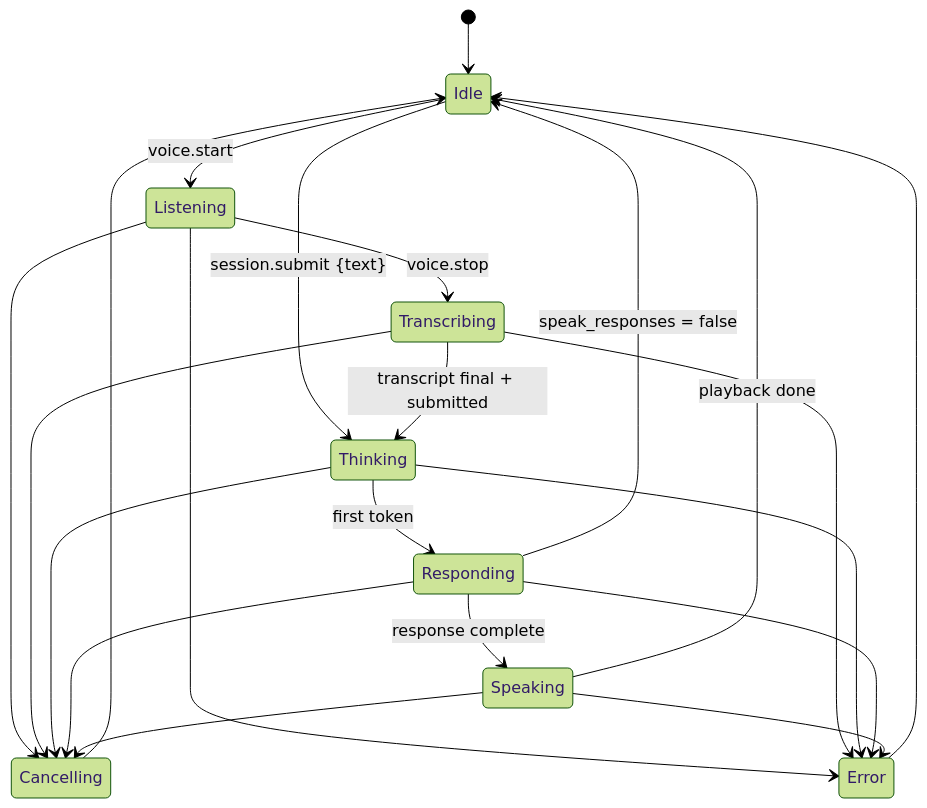
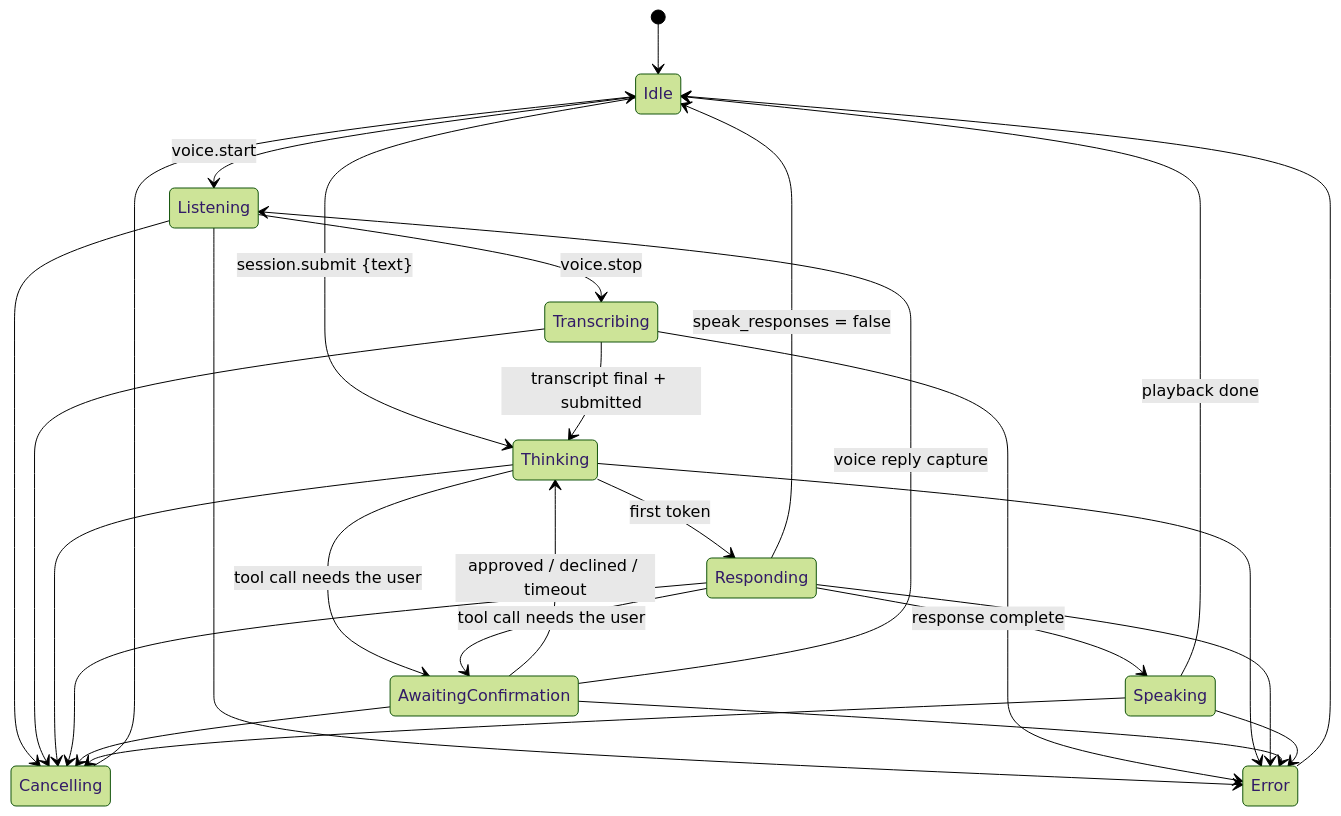
One commit to rpickz/jarvix changed the second of 2 diagrams in docs/architecture.md. Above: the diagram before and after it, drawn with Mermaid (forest theme). The commit also changed other lines of this file and 19 other files, not shown here.

````diff
--- a/docs/architecture.md
+++ b/docs/architecture.md
@@ -61,24 +61,30 @@
 ```mermaid
 stateDiagram-v2
     [*] --> Idle
     Idle --> Listening : voice.start
     Idle --> Thinking : session.submit {text}
     Listening --> Transcribing : voice.stop
     Transcribing --> Thinking : transcript final + submitted
     Thinking --> Responding : first token
+    Thinking --> AwaitingConfirmation : tool call needs the user
+    Responding --> AwaitingConfirmation : tool call needs the user
+    AwaitingConfirmation --> Thinking : approved / declined / timeout
+    AwaitingConfirmation --> Listening : voice reply capture
     Responding --> Speaking : response complete
     Responding --> Idle : speak_responses = false
     Speaking --> Idle : playback done
     Listening --> Cancelling
     Transcribing --> Cancelling
     Thinking --> Cancelling
     Responding --> Cancelling
+    AwaitingConfirmation --> Cancelling
     Speaking --> Cancelling
     Cancelling --> Idle
     Listening --> Error
     Transcribing --> Error
     Thinking --> Error
     Responding --> Error
+    AwaitingConfirmation --> Error
     Speaking --> Error
     Error --> Idle
 ```
````
